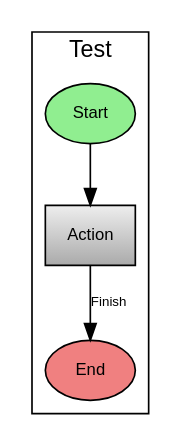
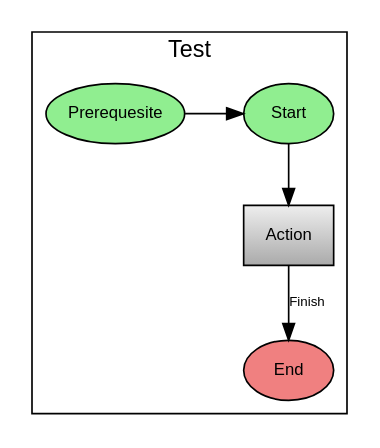
The diagram in dev-resources/sample.dot (christoph-frick/baubotanik), drawn with Graphviz before and after one commit. The commit also changed 3 other files, not shown here.

```diff
--- a/dev-resources/sample.dot
+++ b/dev-resources/sample.dot
@@ -1,38 +1,50 @@
 digraph {
 	fontname="Arial"
 	compound="true"
 	edge [
 		fontname="Arial"
 		,fontsize="8"
 	]
 	node [
 		fontname="Arial"
 		,fontsize="10"
 	]
 	subgraph cluster_test {
 		label="Test"
+		test_prerequesite [
+			style="filled"
+			,shape="oval"
+			,fillcolor="lightgreen"
+			,label="Prerequesite"
+		]
 		test_start [
 			style="filled"
 			,shape="oval"
 			,fillcolor="lightgreen"
 			,label="Start"
 		]
 		test_action [
 			style="filled"
 			,shape="rect"
 			,gradientangle="90"
 			,fillcolor="#aaaaaa, 0.5:#eeeeee"
 			,label="Action"
 		]
 		test_end [
 			style="filled"
 			,shape="oval"
 			,fillcolor="lightcoral"
 			,label="End"
 		]
+		{
+			rank=same
+			test_prerequesite
+			test_start
+		}
+		test_prerequesite -> test_start
 		test_start -> test_action
 		test_action -> test_end [
 			label="Finish"
 		]
 	}
 }
```
